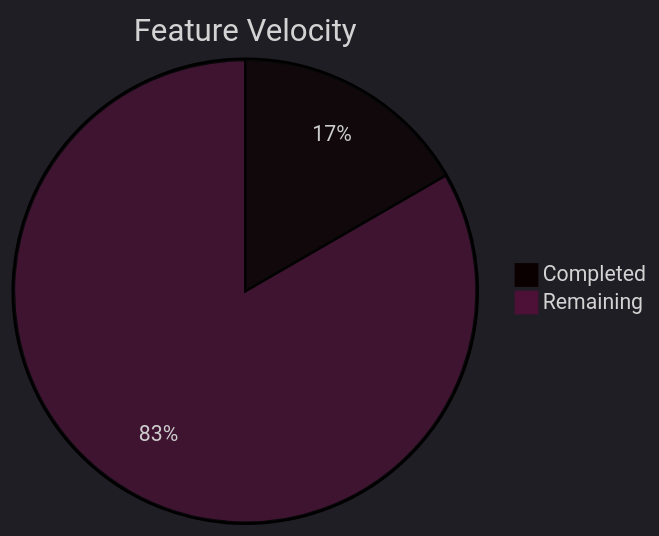
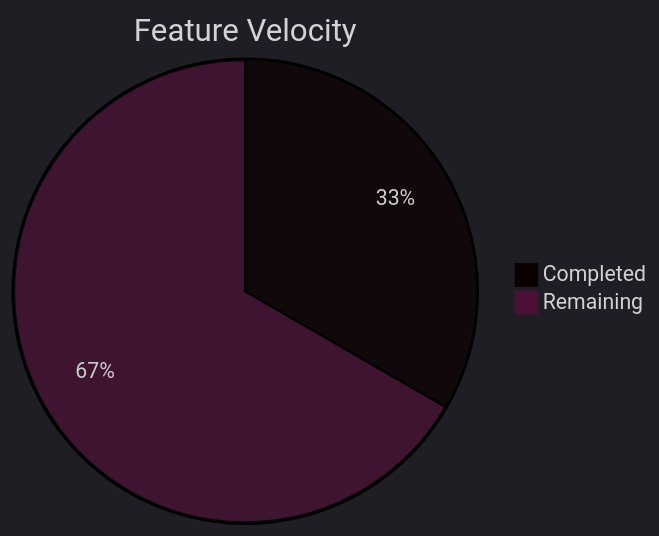
The fifth of 5 diagrams in tools/SK8Lytz_Bucket_List.md (Neogleamz/SK8Lytz), drawn with Mermaid before and after one commit. The commit also changed other lines of this file, not shown here.

Commit message:
feat(onboarding): finalize telemetry permission branding and archive completed tasks

````diff
--- a/tools/SK8Lytz_Bucket_List.md
+++ b/tools/SK8Lytz_Bucket_List.md
@@ -80,6 +77,6 @@
 ```mermaid
 %%{init: {'theme': 'dark'}}%%
 pie title Feature Velocity
-  "Completed" : 3
-  "Remaining" : 15
+  "Completed" : 6
+  "Remaining" : 12
 ```
````
